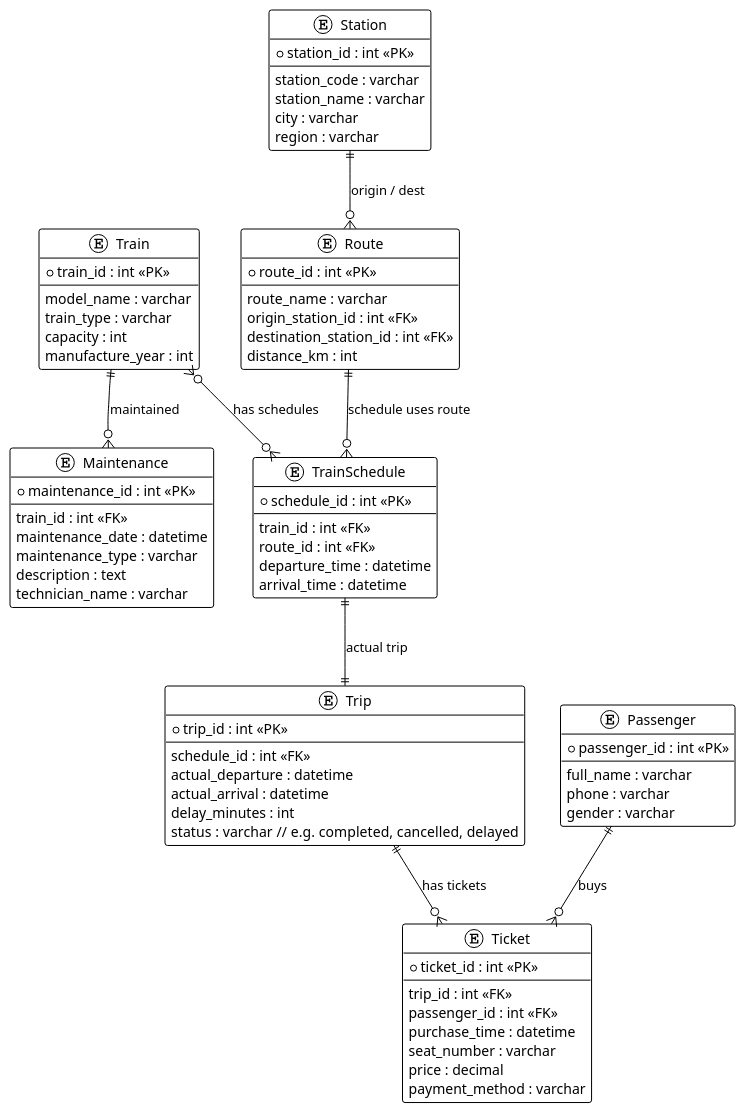
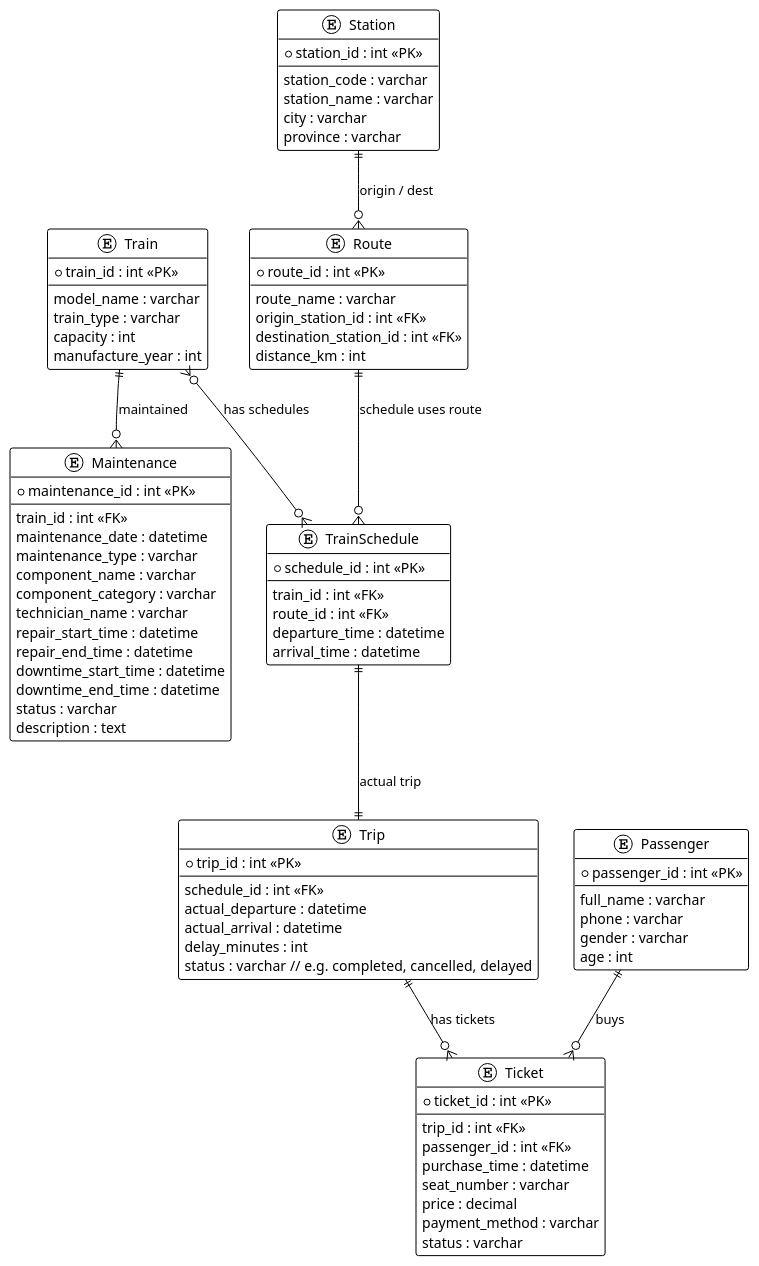
One commit to Squadron-team/KAI-Data-Warehouse changed the diagram in design/oltp.plantuml. Above: the diagram before and after it, drawn with PlantUML. The commit also changed 1 other file, not shown here.

```diff
--- a/design/oltp.plantuml
+++ b/design/oltp.plantuml
@@ -1,88 +1,97 @@
 @startuml
 !theme plain
 
 entity "Train" as Train {
   * train_id : int <<PK>>
   --
   model_name : varchar
   train_type : varchar
   capacity : int
   manufacture_year : int
 }
 
 entity "Station" as Station {
   * station_id : int <<PK>>
   --
   station_code : varchar
   station_name : varchar
   city : varchar
-  region : varchar
+  province : varchar
 }
 
 entity "Route" as Route {
   * route_id : int <<PK>>
   --
   route_name : varchar
   origin_station_id : int <<FK>>
   destination_station_id : int <<FK>>
   distance_km : int
 }
 
 entity "TrainSchedule" as TrainSchedule {
   * schedule_id : int <<PK>>
   --
   train_id : int <<FK>>
   route_id : int <<FK>>
   departure_time : datetime
   arrival_time : datetime
 }
 
 entity "Trip" as Trip {
   * trip_id : int <<PK>>
   --
   schedule_id : int <<FK>>
   actual_departure : datetime
   actual_arrival : datetime
   delay_minutes : int
   status : varchar  // e.g. completed, cancelled, delayed
 }
 
 entity "Passenger" as Passenger {
   * passenger_id : int <<PK>>
   --
   full_name : varchar
   phone : varchar
   gender : varchar
+  age : int
 }
 
 entity "Ticket" as Ticket {
   * ticket_id : int <<PK>>
   --
   trip_id : int <<FK>>
   passenger_id : int <<FK>>
   purchase_time : datetime
   seat_number : varchar
   price : decimal
   payment_method : varchar
+  status : varchar
 }
 
 entity "Maintenance" as Maintenance {
   * maintenance_id : int <<PK>>
   --
   train_id : int <<FK>>
   maintenance_date : datetime
   maintenance_type : varchar
+  component_name : varchar
+  component_category : varchar
+  technician_name : varchar
+  repair_start_time : datetime
+  repair_end_time : datetime
+  downtime_start_time : datetime
+  downtime_end_time : datetime
+  status : varchar
   description : text
-  technician_name : varchar
 }
 
 ' Relationships
 Train }o--o{ TrainSchedule : "has schedules"
 TrainSchedule ||--|| Trip : "actual trip"
 Route ||--o{ TrainSchedule : "schedule uses route"
 Station ||--o{ Route : "origin / dest"
 Passenger ||--o{ Ticket : "buys"
 Trip ||--o{ Ticket : "has tickets"
 Train ||--o{ Maintenance : "maintained"
 
 @enduml
```
